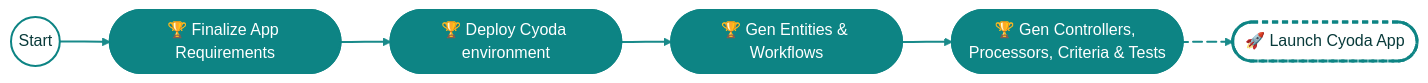
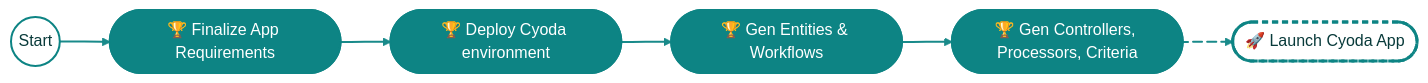
The diagram in workflow_configs/messages/ask_to_confirm_migration_208e/message.md (Cyoda-platform/ai-assistant), drawn with Mermaid before and after one commit. The commit also changed 75 other files, not shown here.

````diff
--- a/workflow_configs/messages/ask_to_confirm_migration_208e/message.md
+++ b/workflow_configs/messages/ask_to_confirm_migration_208e/message.md
@@ -3,21 +3,21 @@
 ```mermaid
 %%{init: {'theme':'base','themeVariables':{
   'primaryColor':'#ECF8F8','primaryTextColor':'#083A3A','primaryBorderColor':'#0D8484',
   'lineColor':'#0D8484','fontFamily':'Inter, Arial, sans-serif','edgeLabelBackground':'#FFFFFF'
 }}}%%
 graph LR
     S((Start)):::start ==> A([🏆 Finalize App Requirements]):::done
     A e1@ ==> B([🏆 Deploy Cyoda environment]):::done
     B e2@ ==> C([🏆 Gen Entities & Workflows]):::done
-    C e3@ ==> D([🏆 Gen Controllers, Processors, Criteria & Tests]):::done
+    C e3@ ==> D([🏆 Gen Controllers, Processors, Criteria]):::done
     D e4@ ==> E([🚀 Launch Cyoda App]):::next
 
     %% animate handoff to next step (E)
     e4@{ animate: true }
 
     classDef start fill:#FFFFFF,stroke:#0D8484,stroke-width:2px,color:#083A3A
     classDef bar   fill:#ECF8F8,stroke:#0D8484,stroke-width:2px,rx:12,ry:12,color:#083A3A
     classDef done  fill:#0D8484,stroke:#0D8484,stroke-width:2px,rx:12,ry:12,color:#FFFFFF
     classDef next  fill:#FFFFFF,stroke:#0D8484,stroke-width:3px,stroke-dasharray:6 4,rx:12,ry:12,color:#083A3A
     linkStyle default stroke:#0D8484,stroke-width:2px,opacity:0.95
 ```
````
